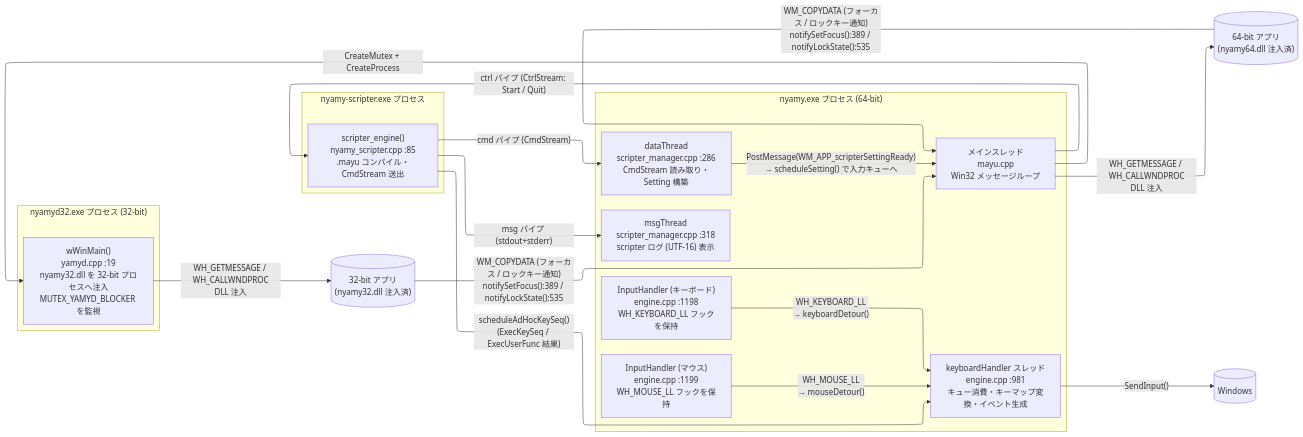
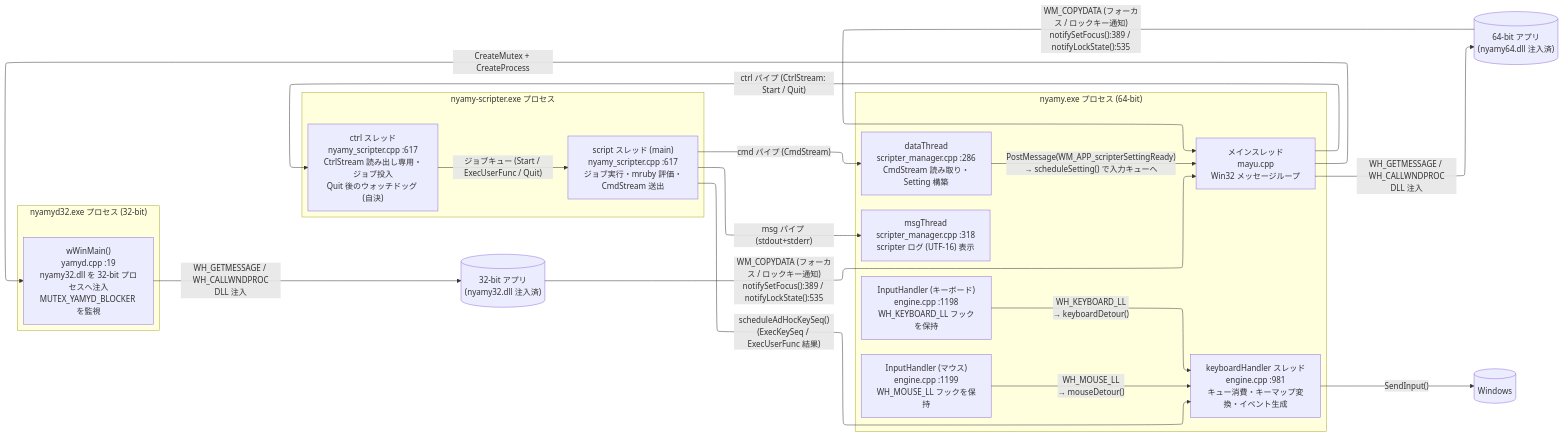
Before and after one commit to vmi/nyamy: the fifth of 6 diagrams in doc/event-flow.md, drawn with Mermaid. The commit also changed other lines of this file and 15 other files, not shown here.

````diff
--- a/doc/event-flow.md
+++ b/doc/event-flow.md
@@ -269,41 +269,43 @@
 ```mermaid
 ---
 config:
   layout: elk
 ---
 flowchart LR
     subgraph proc_nyamy["nyamy.exe プロセス (64-bit)"]
         T_main["メインスレッド<br>mayu.cpp<br>Win32 メッセージループ"]
         T_kb["InputHandler (キーボード)<br>engine.cpp :1198<br>WH_KEYBOARD_LL フックを保持"]
         T_mouse["InputHandler (マウス)<br>engine.cpp :1199<br>WH_MOUSE_LL フックを保持"]
         T_handler["keyboardHandler スレッド<br>engine.cpp :981<br>キュー消費・キーマップ変換・イベント生成"]
         T_data["dataThread<br>scripter_manager.cpp :286<br>CmdStream 読み取り・Setting 構築"]
         T_msg["msgThread<br>scripter_manager.cpp :318<br>scripter ログ (UTF-16) 表示"]
     end
 
     subgraph proc_nyamyd["nyamyd32.exe プロセス (32-bit)"]
         T_nyamyd["wWinMain()<br>yamyd.cpp :19<br>nyamy32.dll を 32-bit プロセスへ注入<br>MUTEX_YAMYD_BLOCKER を監視"]
     end
 
     subgraph proc_sc["nyamy-scripter.exe プロセス"]
-        T_sc["scripter_engine()<br>nyamy_scripter.cpp :85<br>.mayu コンパイル・CmdStream 送出"]
+        T_scctrl["ctrl スレッド<br>nyamy_scripter.cpp :617<br>CtrlStream 読み出し専用・ジョブ投入<br>Quit 後のウォッチドッグ (自決)"]
+        T_sc["script スレッド (main)<br>nyamy_scripter.cpp :617<br>ジョブ実行・mruby 評価・CmdStream 送出"]
     end
 
     App32[("32-bit アプリ<br>(nyamy32.dll 注入済)")]
     App64[("64-bit アプリ<br>(nyamy64.dll 注入済)")]
     Windows[(Windows)]
 
     T_kb -->|"WH_KEYBOARD_LL<br>→ keyboardDetour()"| T_handler
     T_mouse -->|"WH_MOUSE_LL<br>→ mouseDetour()"| T_handler
     T_handler -->|"SendInput()"| Windows
     T_data -->|"PostMessage(WM_APP_scripterSettingReady)<br>→ scheduleSetting() で入力キューへ"| T_main
     T_sc -->|"cmd パイプ (CmdStream)"| T_data
     T_sc -->|"msg パイプ (stdout+stderr)"| T_msg
-    T_main -->|"ctrl パイプ (CtrlStream: Start / Quit)"| T_sc
+    T_main -->|"ctrl パイプ (CtrlStream: Start / Quit)"| T_scctrl
+    T_scctrl -->|"ジョブキュー (Start / ExecUserFunc / Quit)"| T_sc
     T_main -->|"CreateMutex + CreateProcess"| T_nyamyd
     T_nyamyd -->|"WH_GETMESSAGE / WH_CALLWNDPROC<br>DLL 注入"| App32
     T_main -->|"WH_GETMESSAGE / WH_CALLWNDPROC<br>DLL 注入"| App64
     App32 -->|"WM_COPYDATA (フォーカス / ロックキー通知)<br>notifySetFocus():389 / notifyLockState():535"| T_main
     App64 -->|"WM_COPYDATA (フォーカス / ロックキー通知)<br>notifySetFocus():389 / notifyLockState():535"| T_main
     T_sc -->|"scheduleAdHocKeySeq()<br>(ExecKeySeq / ExecUserFunc 結果)"| T_handler
 ```
````
